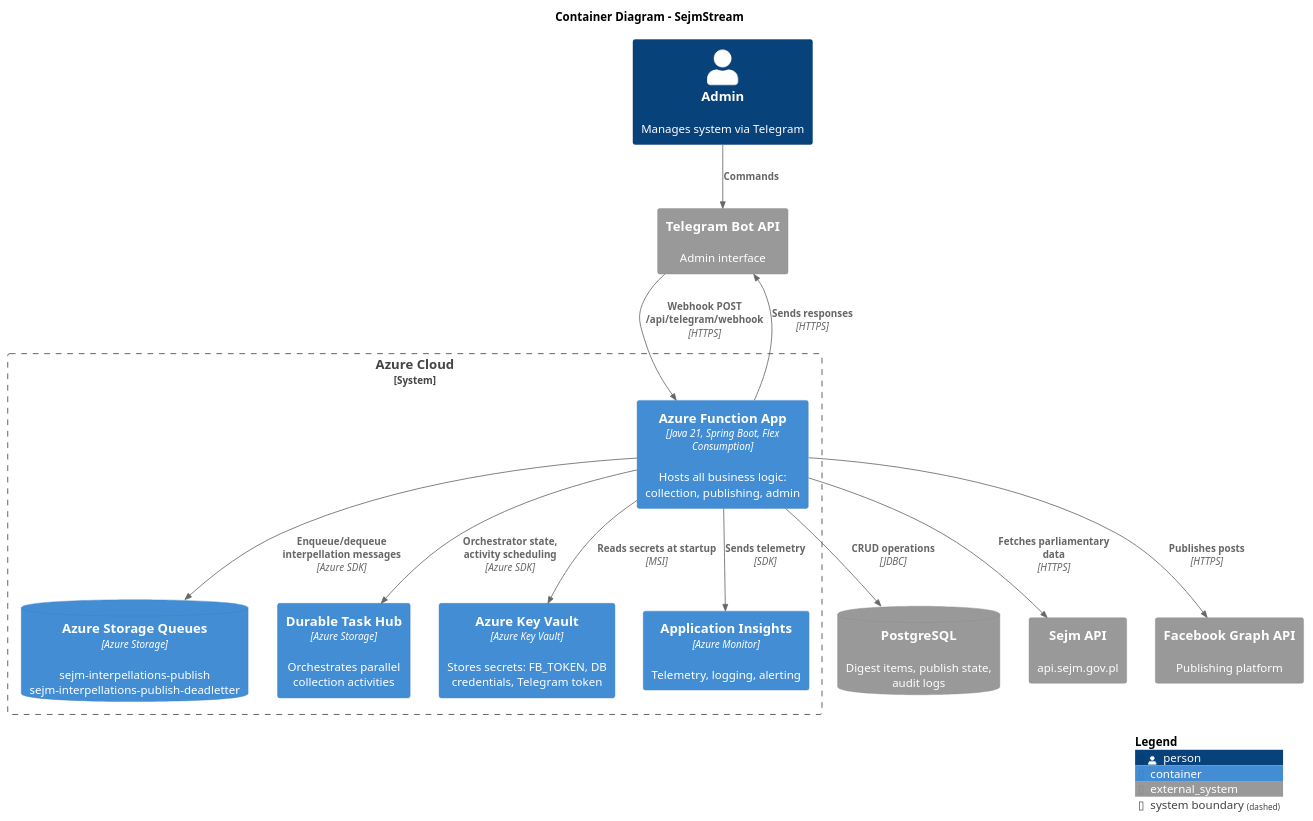
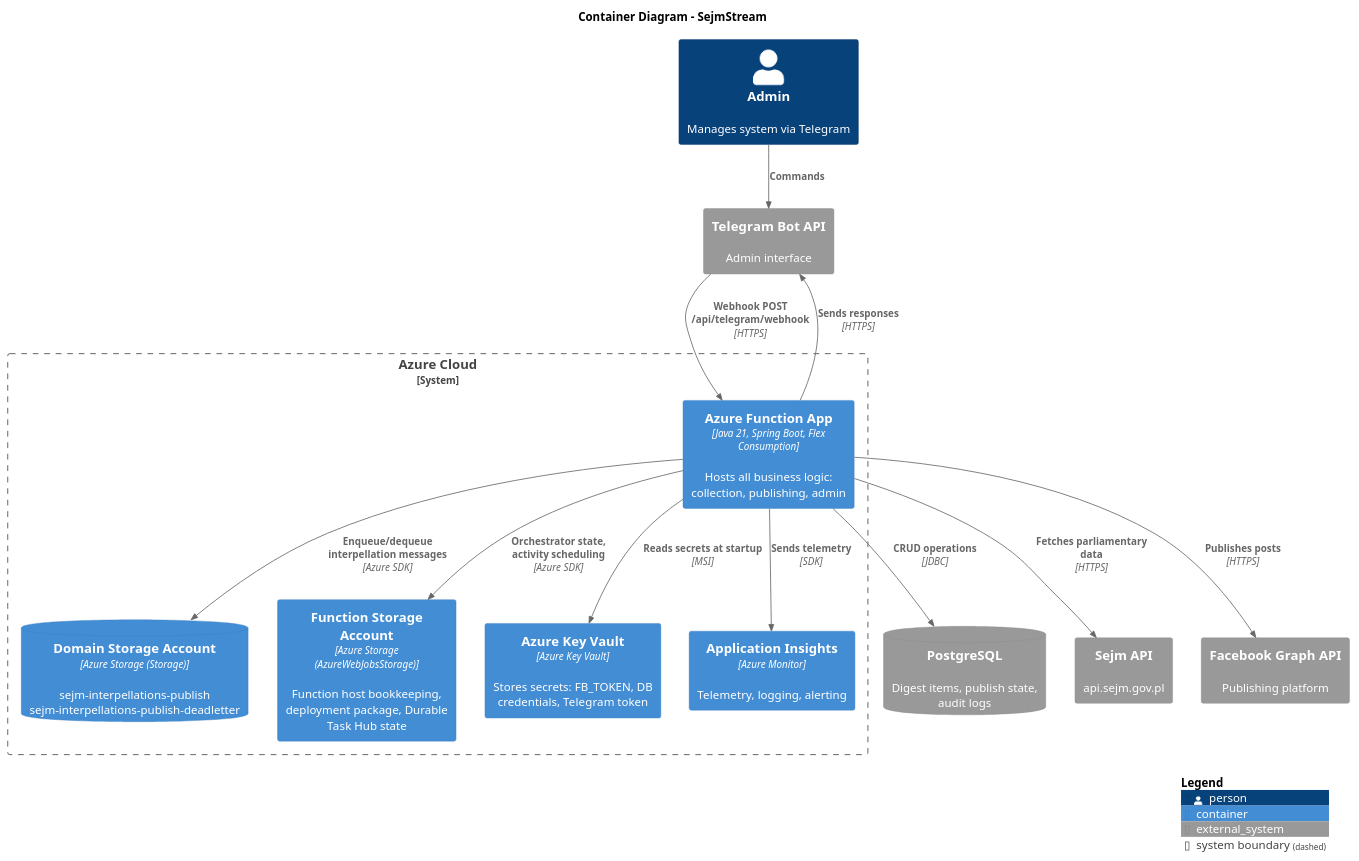
The diagram in docs/c4/c4-containers.puml (onlexnet/sejmstream), drawn with PlantUML before and after one commit. The commit also changed 7 other files, not shown here.

Commit message:
feat: Separate storage accounts for function runtime and domain logic

```diff
--- a/docs/c4/c4-containers.puml
+++ b/docs/c4/c4-containers.puml
@@ -1,33 +1,33 @@
 @startuml C4_Containers
 !include https://raw.githubusercontent.com/plantuml-stdlib/C4-PlantUML/master/C4_Container.puml
 
 title Container Diagram - SejmStream
 
 Person(admin, "Admin", "Manages system via Telegram")
 
 System_Boundary(azure, "Azure Cloud") {
     Container(func_app, "Azure Function App", "Java 21, Spring Boot, Flex Consumption", "Hosts all business logic: collection, publishing, admin")
-    ContainerDb(storage_queues, "Azure Storage Queues", "Azure Storage", "sejm-interpellations-publish\nsejm-interpellations-publish-deadletter")
-    Container(durable_hub, "Durable Task Hub", "Azure Storage", "Orchestrates parallel collection activities")
+    ContainerDb(storage_queues, "Domain Storage Account", "Azure Storage (Storage)", "sejm-interpellations-publish\nsejm-interpellations-publish-deadletter")
+    Container(durable_hub, "Function Storage Account", "Azure Storage (AzureWebJobsStorage)", "Function host bookkeeping, deployment package, Durable Task Hub state")
     Container(key_vault, "Azure Key Vault", "Azure Key Vault", "Stores secrets: FB_TOKEN, DB credentials, Telegram token")
     Container(app_insights, "Application Insights", "Azure Monitor", "Telemetry, logging, alerting")
 }
 
 SystemDb_Ext(postgres, "PostgreSQL", "Digest items, publish state, audit logs")
 System_Ext(sejm_api, "Sejm API", "api.sejm.gov.pl")
 System_Ext(facebook, "Facebook Graph API", "Publishing platform")
 System_Ext(telegram, "Telegram Bot API", "Admin interface")
 
 Rel(admin, telegram, "Commands")
 Rel(telegram, func_app, "Webhook POST /api/telegram/webhook", "HTTPS")
 Rel(func_app, sejm_api, "Fetches parliamentary data", "HTTPS")
 Rel(func_app, facebook, "Publishes posts", "HTTPS")
 Rel(func_app, telegram, "Sends responses", "HTTPS")
 Rel(func_app, postgres, "CRUD operations", "JDBC")
 Rel(func_app, storage_queues, "Enqueue/dequeue interpellation messages", "Azure SDK")
 Rel(func_app, durable_hub, "Orchestrator state, activity scheduling", "Azure SDK")
 Rel(func_app, key_vault, "Reads secrets at startup", "MSI")
 Rel(func_app, app_insights, "Sends telemetry", "SDK")
 
 SHOW_LEGEND()
 @enduml
```
